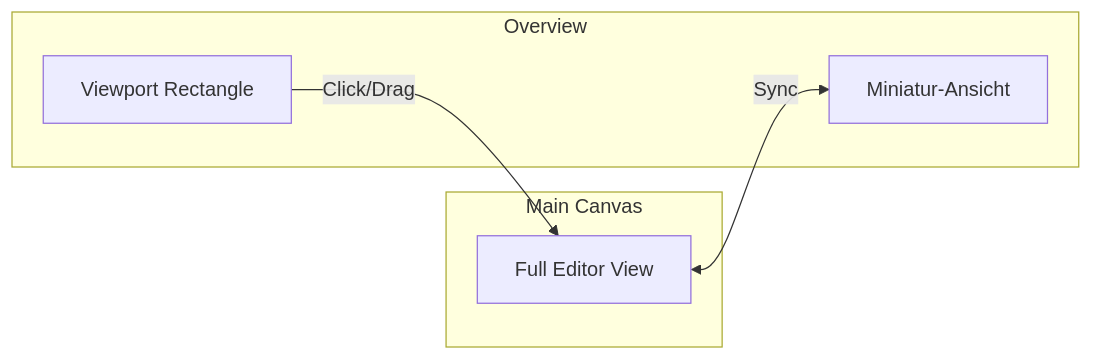
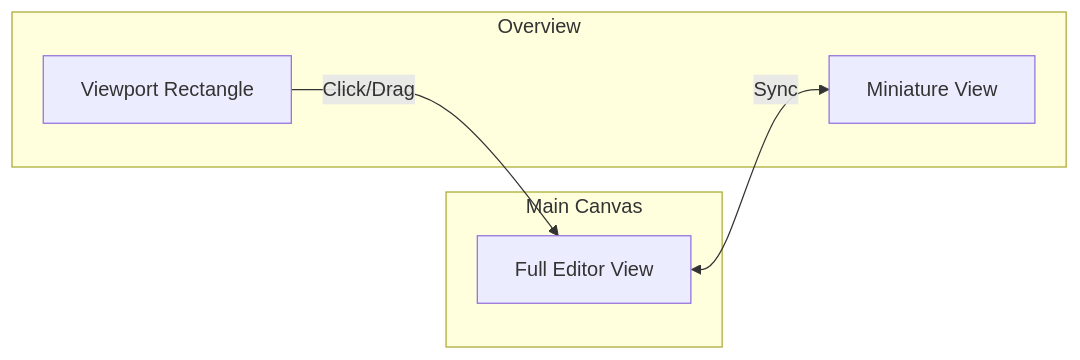
The third of 8 diagrams in docs/migration/05-visualization-layout.md (woped/woped-next), drawn with Mermaid before and after one commit. The commit also changed other lines of this file and 24 other files, not shown here.

````diff
--- a/docs/migration/05-visualization-layout.md
+++ b/docs/migration/05-visualization-layout.md
@@ -98,14 +98,14 @@
 ```mermaid
 graph LR
     subgraph Main Canvas
         MC[Full Editor View]
     end
     
     subgraph Overview
-        MINI[Miniatur-Ansicht]
+        MINI[Miniature View]
         RECT[Viewport Rectangle]
     end
     
     MC <-->|Sync| MINI
     RECT -->|Click/Drag| MC
 ```
````
